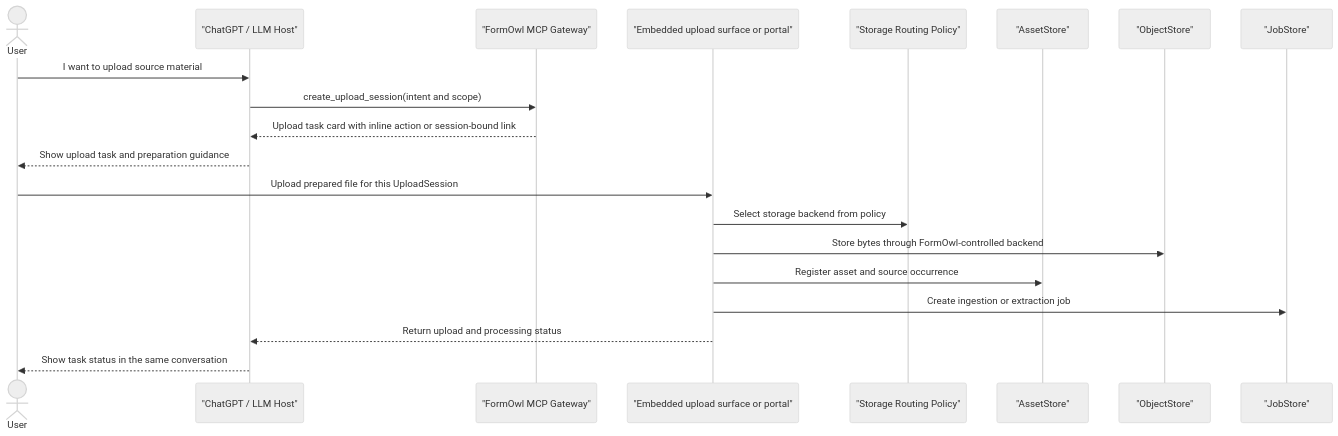
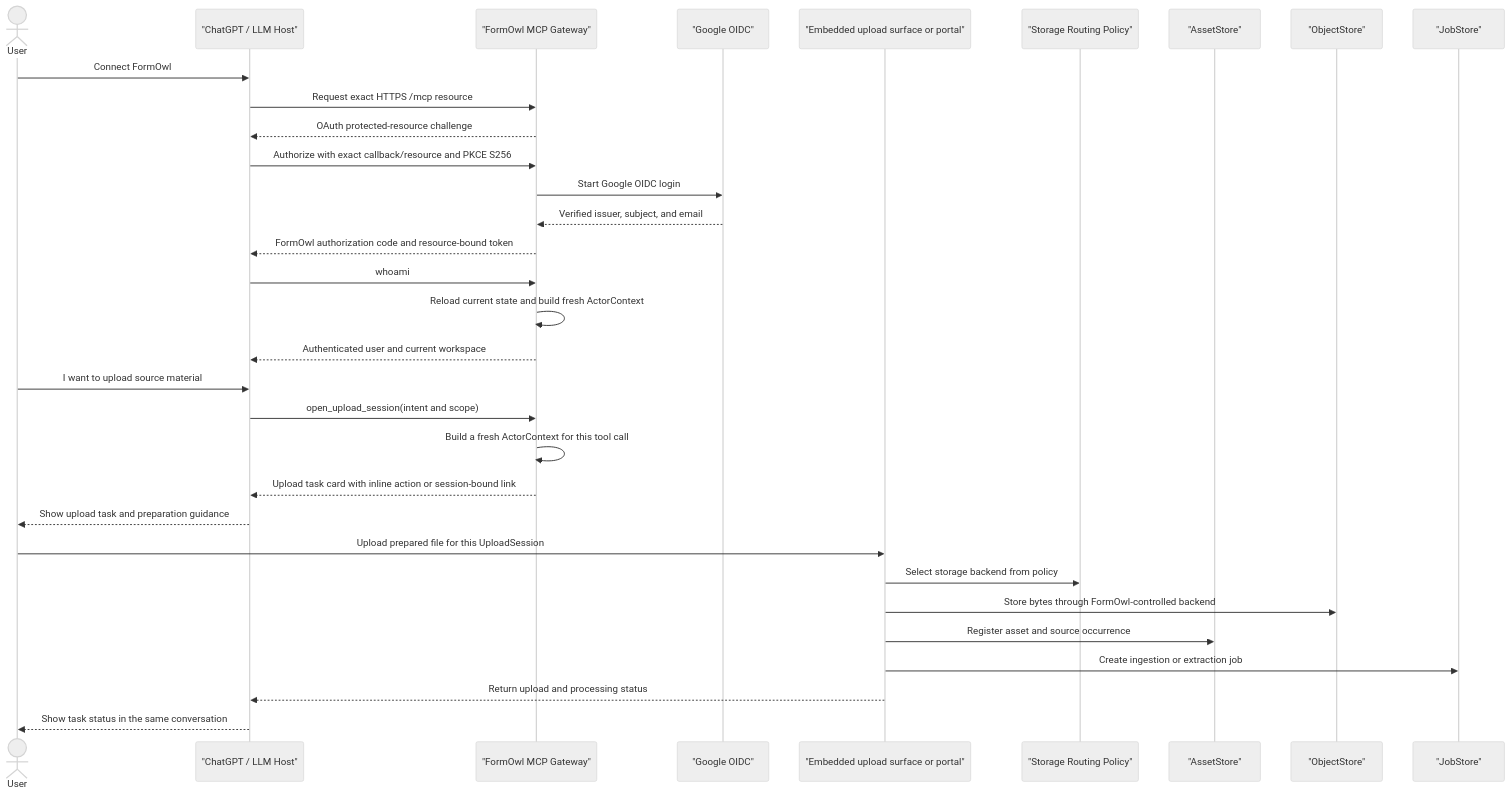
Before and after one commit to markliou/formowl: the diagram in docs/workflows.md, drawn with Mermaid (neutral theme). The commit also changed other lines of this file and 105 other files, not shown here.

````diff
--- a/docs/workflows.md
+++ b/docs/workflows.md
@@ -355,23 +419,35 @@
 ```mermaid
 sequenceDiagram
   actor User
   participant ChatGPT as "ChatGPT / LLM Host"
   participant Gateway as "FormOwl MCP Gateway"
+  participant Google as "Google OIDC"
   participant UploadSurface as "Embedded upload surface or portal"
   participant Router as "Storage Routing Policy"
   participant AssetStore as "AssetStore"
   participant ObjectStore as "ObjectStore"
   participant JobStore as "JobStore"
 
+  User->>ChatGPT: Connect FormOwl
+  ChatGPT->>Gateway: Request exact HTTPS /mcp resource
+  Gateway-->>ChatGPT: OAuth protected-resource challenge
+  ChatGPT->>Gateway: Authorize with exact callback/resource and PKCE S256
+  Gateway->>Google: Start Google OIDC login
+  Google-->>Gateway: Verified issuer, subject, and email
+  Gateway-->>ChatGPT: FormOwl authorization code and resource-bound token
+  ChatGPT->>Gateway: whoami
+  Gateway->>Gateway: Reload current state and build fresh ActorContext
+  Gateway-->>ChatGPT: Authenticated user and current workspace
   User->>ChatGPT: I want to upload source material
-  ChatGPT->>Gateway: create_upload_session(intent and scope)
+  ChatGPT->>Gateway: open_upload_session(intent and scope)
+  Gateway->>Gateway: Build a fresh ActorContext for this tool call
   Gateway-->>ChatGPT: Upload task card with inline action or session-bound link
   ChatGPT-->>User: Show upload task and preparation guidance
   User->>UploadSurface: Upload prepared file for this UploadSession
   UploadSurface->>Router: Select storage backend from policy
   UploadSurface->>ObjectStore: Store bytes through FormOwl-controlled backend
   UploadSurface->>AssetStore: Register asset and source occurrence
   UploadSurface->>JobStore: Create ingestion or extraction job
   UploadSurface-->>ChatGPT: Return upload and processing status
   ChatGPT-->>User: Show task status in the same conversation
 ```
````
